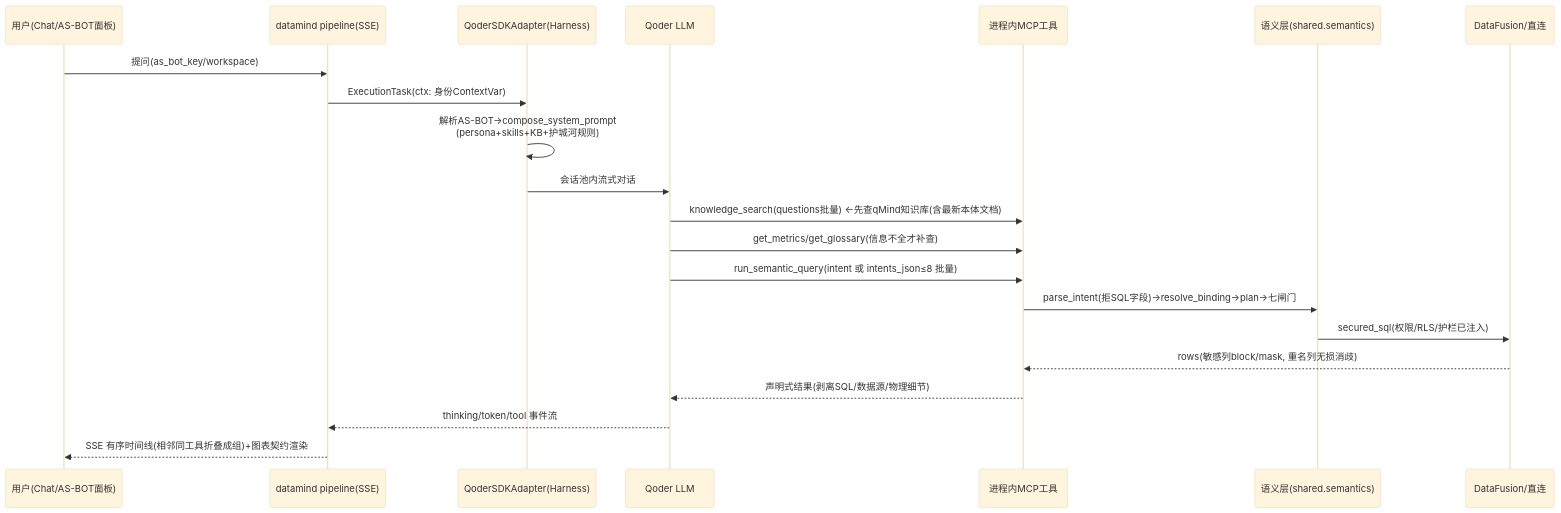
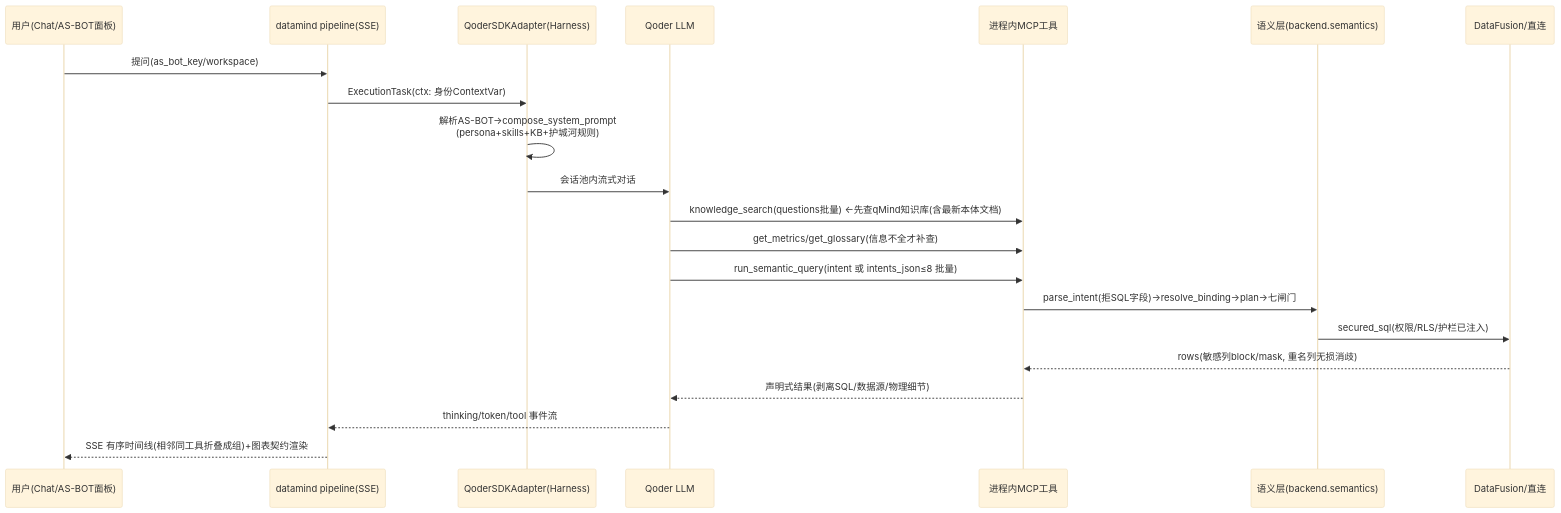
The fifth of 5 diagrams in docs/ARCHITECTURE.md (PomeloSpring/AI-DataHub), drawn with Mermaid (base theme) before and after one commit. The commit also changed other lines of this file and 6 other files, not shown here.

First line of the commit message:
docs(arch): Phase 5 文档/规则对齐——分层模块图+web 单进程部署视图，rules 点名路径迁新口径

````diff
--- a/docs/ARCHITECTURE.md
+++ b/docs/ARCHITECTURE.md
@@ -226,23 +249,23 @@
 ```mermaid
 sequenceDiagram
     participant U as 用户(Chat/AS-BOT面板)
     participant DM as datamind pipeline(SSE)
     participant H as QoderSDKAdapter(Harness)
     participant L as Qoder LLM
     participant T as 进程内MCP工具
-    participant SL as 语义层(shared.semantics)
+    participant SL as 语义层(backend.semantics)
     participant E as DataFusion/直连
     U->>DM: 提问(as_bot_key/workspace)
     DM->>H: ExecutionTask(ctx: 身份ContextVar)
     H->>H: 解析AS-BOT→compose_system_prompt<br/>(persona+skills+KB+护城河规则)
     H->>L: 会话池内流式对话
     L->>T: knowledge_search(questions批量) ←先查qMind知识库(含最新本体文档)
     L->>T: get_metrics/get_glossary(信息不全才补查)
     L->>T: run_semantic_query(intent 或 intents_json≤8 批量)
     T->>SL: parse_intent(拒SQL字段)→resolve_binding→plan→七闸门
     SL->>E: secured_sql(权限/RLS/护栏已注入)
     E-->>T: rows(敏感列block/mask, 重名列无损消歧)
     T-->>L: 声明式结果(剥离SQL/数据源/物理细节)
     L-->>DM: thinking/token/tool 事件流
     DM-->>U: SSE 有序时间线(相邻同工具折叠成组)+图表契约渲染
 ```
````
